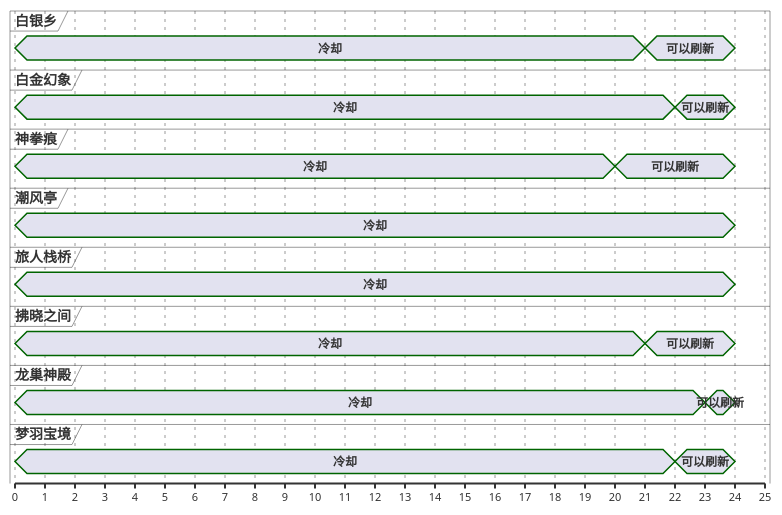
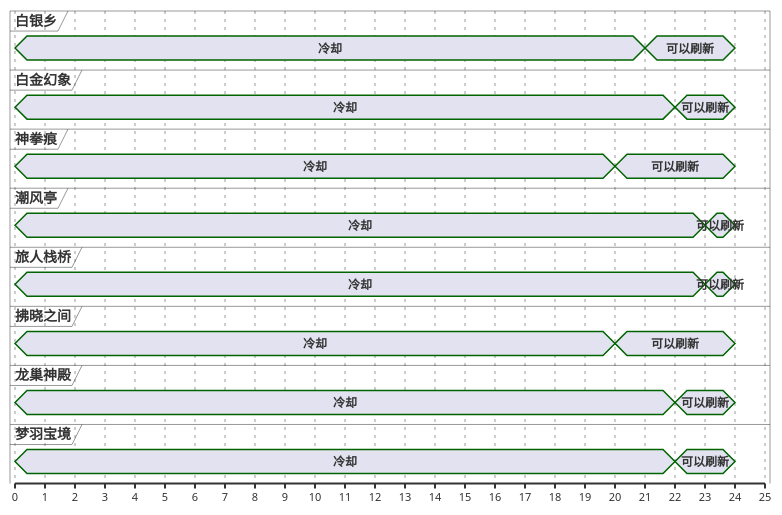
Before and after one commit to Eroleice/doc-pi: the second of 13 diagrams in ffxiv/hunt/2.0/Chernobog.md, drawn with PlantUML. The commit also changed other lines of this file and 38 other files, not shown here.

````diff
--- a/ffxiv/hunt/2.0/Chernobog.md
+++ b/ffxiv/hunt/2.0/Chernobog.md
@@ -88,53 +91,55 @@
 ```plantuml
 @startuml
 scale 1 as 30 pixels
 
 concise 白银乡
 concise 白金幻象
 concise 神拳痕
 concise 潮风亭
 concise 旅人栈桥
 concise 拂晓之间
 concise 龙巢神殿
 concise 梦羽宝境
 
 @神拳痕
 0 is 冷却
 20 is 可以刷新
 24 is {hidden}
 
 @拂晓之间
 0 is 冷却
-21 is 可以刷新
+20 is 可以刷新
 24 is {hidden}
 
 @白银乡
 0 is 冷却
 21 is 可以刷新
 24 is {hidden}
 
 @白金幻象
 0 is 冷却
 22 is 可以刷新
 24 is {hidden}
 
 @梦羽宝境
 0 is 冷却
 22 is 可以刷新
 24 is {hidden}
 
 @潮风亭
 0 is 冷却
+23 is 可以刷新
 24 is {hidden}
 
 @旅人栈桥
 0 is 冷却
+23 is 可以刷新
 24 is {hidden}
 
 @龙巢神殿
 0 is 冷却
-23 is 可以刷新
+22 is 可以刷新
 24 is {hidden}
 
 @enduml
 ```
````
